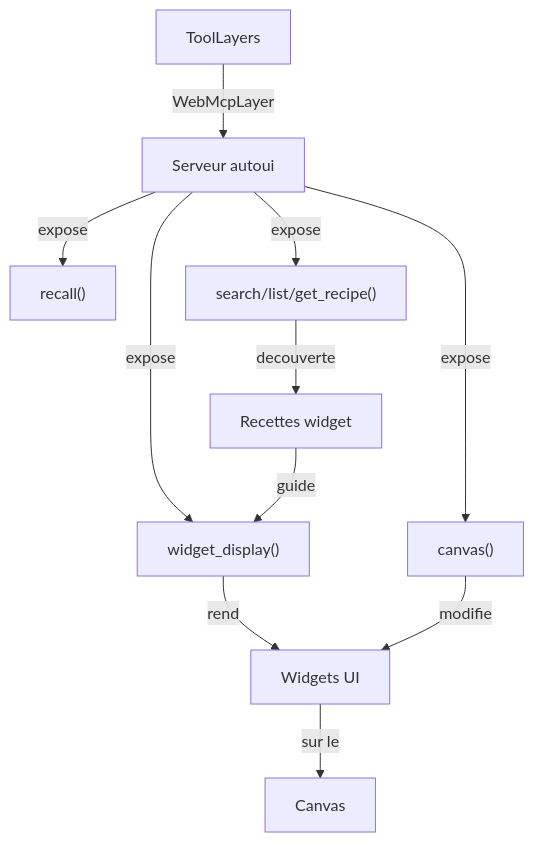
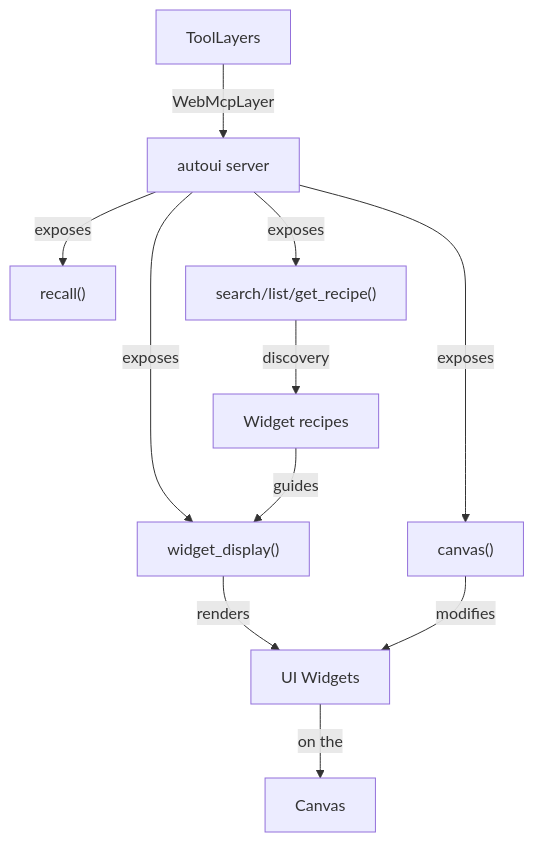
Before and after one commit to jeanbaptiste/webmcp-auto-ui: the third of 3 diagrams in docs/starlight/src/content/docs/concepts/widget-display.md, drawn with Mermaid. The commit also changed other lines of this file and 94 other files, not shown here.

````diff
--- a/docs/starlight/src/content/docs/concepts/widget-display.md
+++ b/docs/starlight/src/content/docs/concepts/widget-display.md
@@ -222,14 +222,14 @@
 ```mermaid
 graph TD
-    TL["ToolLayers"] -->|"WebMcpLayer"| AU["Serveur autoui"]
-    AU -->|"expose"| WD["widget_display()"]
-    AU -->|"expose"| CV["canvas()"]
-    AU -->|"expose"| RC["recall()"]
-    AU -->|"expose"| SR["search/list/get_recipe()"]
+    TL["ToolLayers"] -->|WebMcpLayer| AU["autoui server"]
+    AU -->|exposes| WD["widget_display()"]
+    AU -->|exposes| CV["canvas()"]
+    AU -->|exposes| RC["recall()"]
+    AU -->|exposes| SR["search/list/get_recipe()"]
 
-    SR -->|"decouverte"| R["Recettes widget"]
-    R -->|"guide"| WD
-    WD -->|"rend"| W["Widgets UI"]
-    W -->|"sur le"| C["Canvas"]
-    CV -->|"modifie"| W
+    SR -->|discovery| R["Widget recipes"]
+    R -->|guides| WD
+    WD -->|renders| W["UI Widgets"]
+    W -->|on the| C["Canvas"]
+    CV -->|modifies| W
 ```
````
